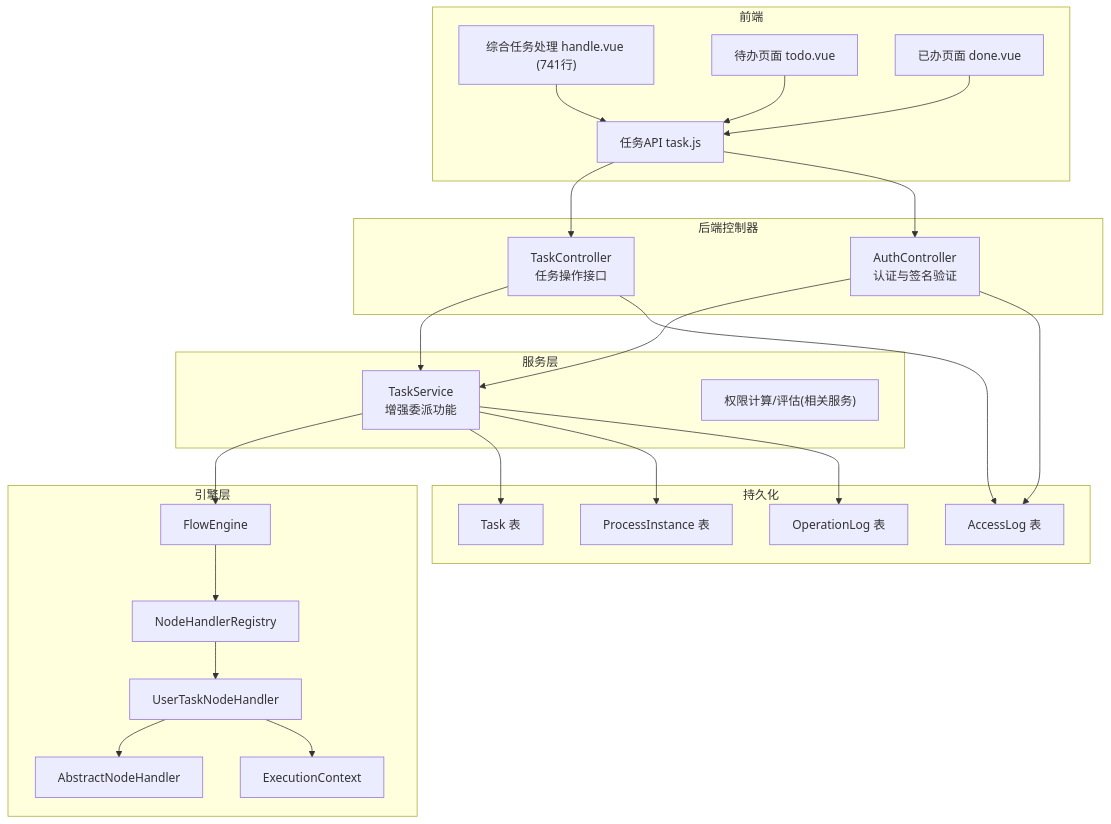
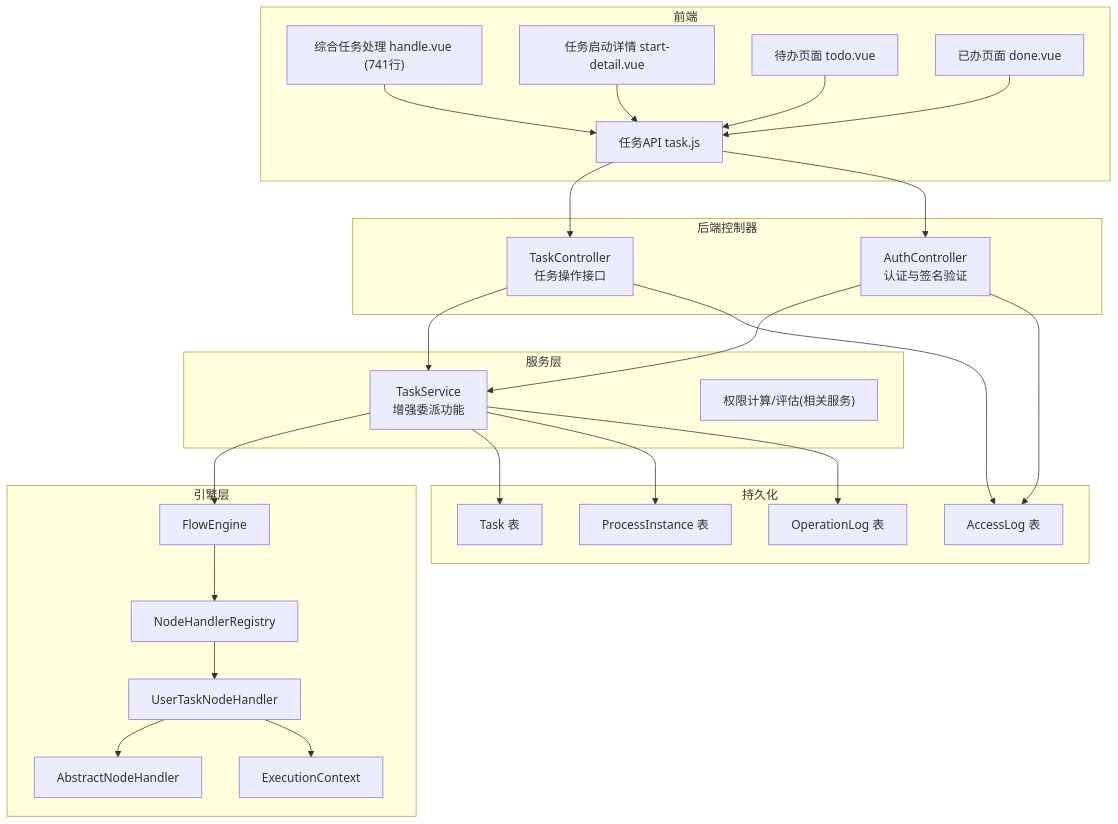
The first of 11 diagrams in .qoder/repowiki/zh/content/任务管理/任务操作处理/任务操作处理.md (liming-lihaini/workflow), drawn with Mermaid before and after one commit. The commit also changed other lines of this file and 30 other files, not shown here.

````diff
--- a/.qoder/repowiki/zh/content/任务管理/任务操作处理/任务操作处理.md
+++ b/.qoder/repowiki/zh/content/任务管理/任务操作处理/任务操作处理.md
@@ -73,47 +74,49 @@
 ```mermaid
 graph TB
 subgraph "前端"
 FE_Handle["综合任务处理 handle.vue (741行)"]
+FE_StartDetail["任务启动详情 start-detail.vue"]
 FE_Todo["待办页面 todo.vue"]
 FE_Done["已办页面 done.vue"]
 FE_TaskApi["任务API task.js"]
 end
 subgraph "后端控制器"
 C_Task["TaskController<br/>任务操作接口"]
 C_Auth["AuthController<br/>认证与签名验证"]
 end
 subgraph "服务层"
 S_Task["TaskService<br/>增强委派功能"]
 S_Permission["权限计算/评估(相关服务)"]
 end
 subgraph "引擎层"
 E_Flow["FlowEngine"]
 R_Node["NodeHandlerRegistry"]
 H_User["UserTaskNodeHandler"]
 H_Abstract["AbstractNodeHandler"]
 Ctx["ExecutionContext"]
 end
 subgraph "持久化"
 DB_Task["Task 表"]
 DB_Instance["ProcessInstance 表"]
 DB_OpLog["OperationLog 表"]
 DB_Access["AccessLog 表"]
 end
 FE_Handle --> FE_TaskApi
+FE_StartDetail --> FE_TaskApi
 FE_Todo --> FE_TaskApi
 FE_Done --> FE_TaskApi
 FE_TaskApi --> C_Task
 FE_TaskApi --> C_Auth
 C_Task --> S_Task
 C_Auth --> S_Task
 S_Task --> E_Flow
 E_Flow --> R_Node
 R_Node --> H_User
 H_User --> H_Abstract
 H_User --> Ctx
 S_Task --> DB_Task
 S_Task --> DB_Instance
 S_Task --> DB_OpLog
 C_Task --> DB_Access
 C_Auth --> DB_Access
 ```
````
